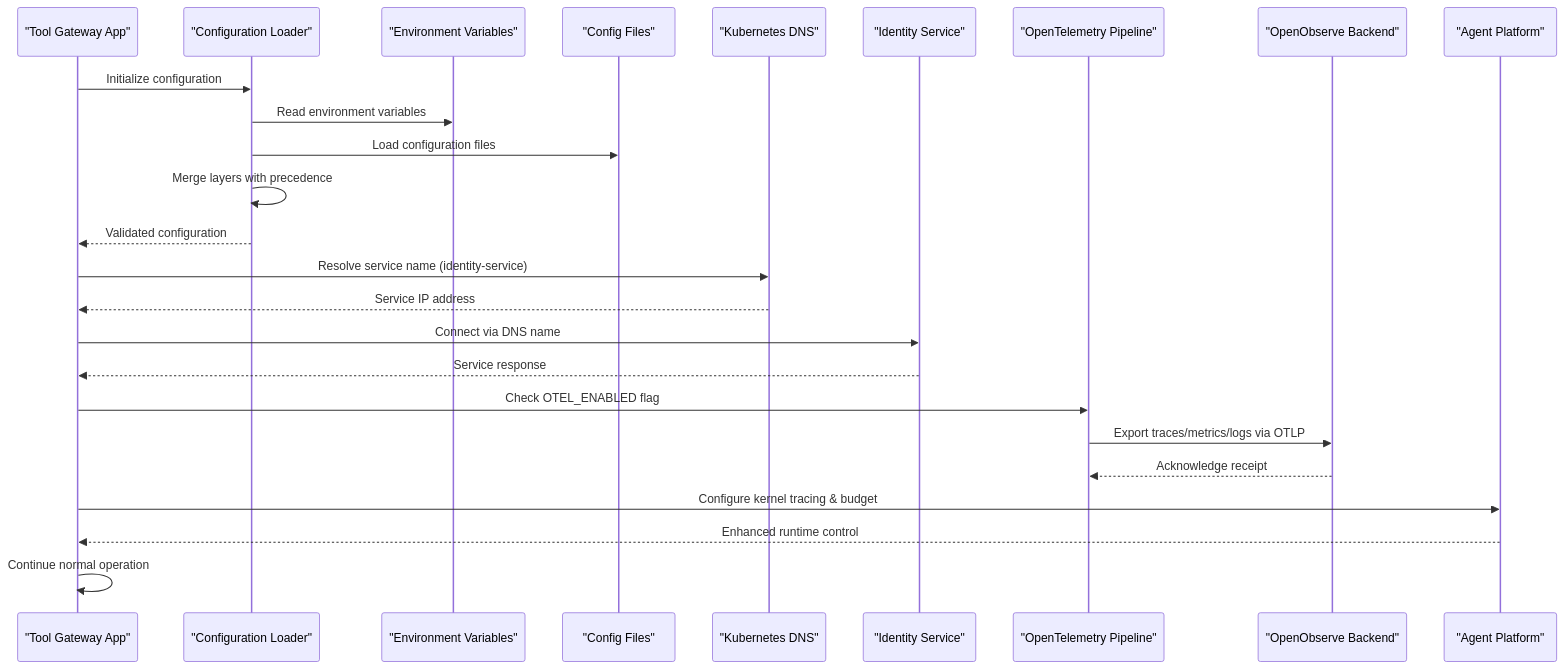
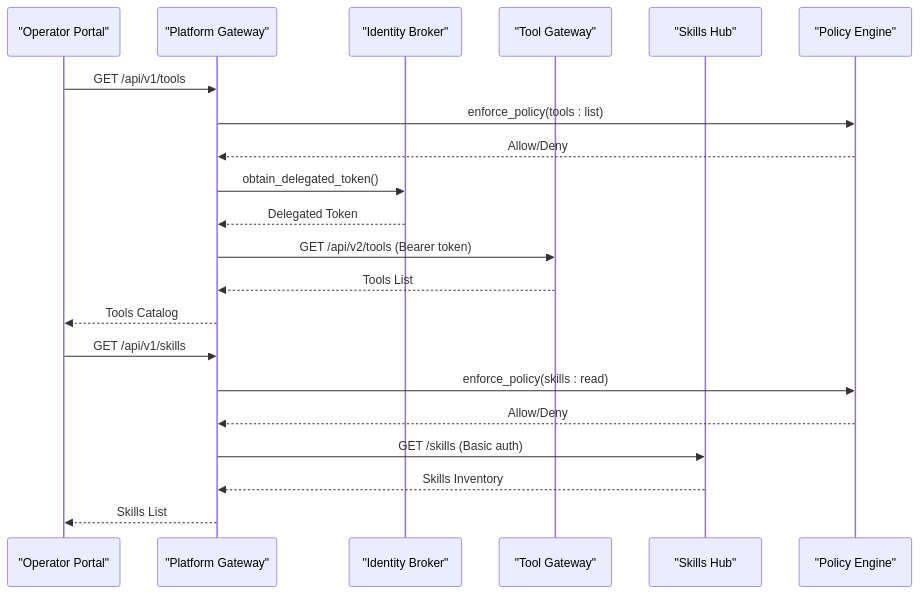
Before and after one commit to metasync/luban-aiops: the second of 7 diagrams in .qoder/repowiki/en/content/Tool Gateway Service/Configuration and Environment Setup.md, drawn with Mermaid. The commit also changed other lines of this file and 26 other files, not shown here.

````diff
--- a/.qoder/repowiki/en/content/Tool Gateway Service/Configuration and Environment Setup.md
+++ b/.qoder/repowiki/en/content/Tool Gateway Service/Configuration and Environment Setup.md
@@ -162,27 +136,23 @@
 ```mermaid
 sequenceDiagram
-participant App as "Tool Gateway App"
-participant Config as "Configuration Loader"
-participant Env as "Environment Variables"
-participant File as "Config Files"
-participant DNS as "Kubernetes DNS"
-participant Service as "Identity Service"
-participant OTel as "OpenTelemetry Pipeline"
-participant Backend as "OpenObserve Backend"
-participant AgentPlatform as "Agent Platform"
-App->>Config : Initialize configuration
-Config->>Env : Read environment variables
-Config->>File : Load configuration files
-Config->>Config : Merge layers with precedence
-Config-->>App : Validated configuration
-App->>DNS : Resolve service name (identity-service)
-DNS-->>App : Service IP address
-App->>Service : Connect via DNS name
-Service-->>App : Service response
-App->>OTel : Check OTEL_ENABLED flag
-OTel->>Backend : Export traces/metrics/logs via OTLP
-Backend-->>OTel : Acknowledge receipt
-App->>AgentPlatform : Configure kernel tracing & budget
-AgentPlatform-->>App : Enhanced runtime control
-App->>App : Continue normal operation
+participant Portal as "Operator Portal"
+participant Gateway as "Platform Gateway"
+participant Identity as "Identity Broker"
+participant Tools as "Tool Gateway"
+participant Skills as "Skills Hub"
+participant Policy as "Policy Engine"
+Portal->>Gateway : GET /api/v1/tools
+Gateway->>Policy : enforce_policy(tools : list)
+Policy-->>Gateway : Allow/Deny
+Gateway->>Identity : obtain_delegated_token()
+Identity-->>Gateway : Delegated Token
+Gateway->>Tools : GET /api/v2/tools (Bearer token)
+Tools-->>Gateway : Tools List
+Gateway-->>Portal : Tools Catalog
+Portal->>Gateway : GET /api/v1/skills
+Gateway->>Policy : enforce_policy(skills : read)
+Policy-->>Gateway : Allow/Deny
+Gateway->>Skills : GET /skills (Basic auth)
+Skills-->>Gateway : Skills Inventory
+Gateway-->>Portal : Skills List
 ```
````
